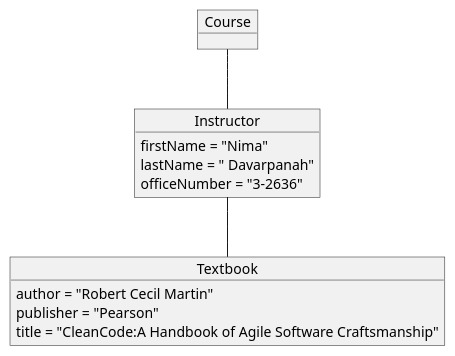
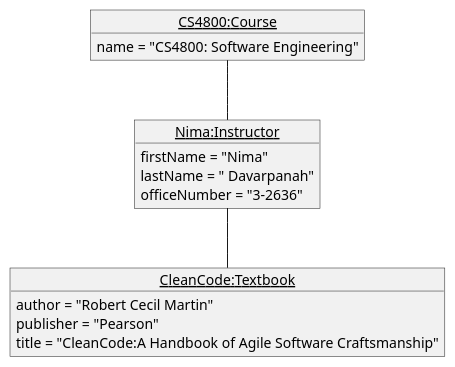
Before and after one commit to minjung1004/CS4800-HW3: the diagram in src/ObjectDiagram/Courses.puml, drawn with PlantUML. The commit also changed 7 other files, not shown here.

```diff
--- a/src/ObjectDiagram/Courses.puml
+++ b/src/ObjectDiagram/Courses.puml
@@ -1,21 +1,21 @@
 @startuml
-'https://plantuml.com/object-diagram
-
-object Instructor {
+object "<u>Nima:Instructor</u>" as nima {
     firstName = "Nima"
     lastName = " Davarpanah"
     officeNumber = "3-2636"
 }
 
-object Textbook {
+object "<u>CleanCode:Textbook</u>"  as cc{
     author = "Robert Cecil Martin"
     publisher = "Pearson"
     title = "CleanCode:A Handbook of Agile Software Craftsmanship"
 }
 
-object Course
+object "<u>CS4800:Course</u>" as swe {
+    name = "CS4800: Software Engineering"
+}
 
-Course -- Instructor
-Instructor -- Textbook
+swe -- nima
+nima -- cc
 
 @enduml
```
